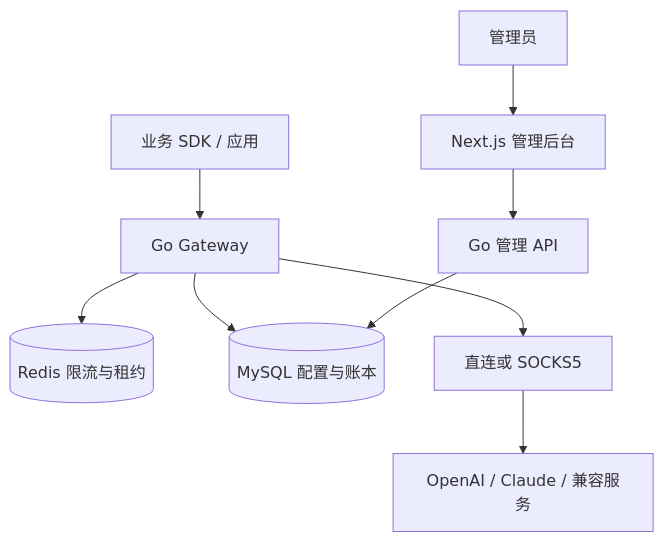
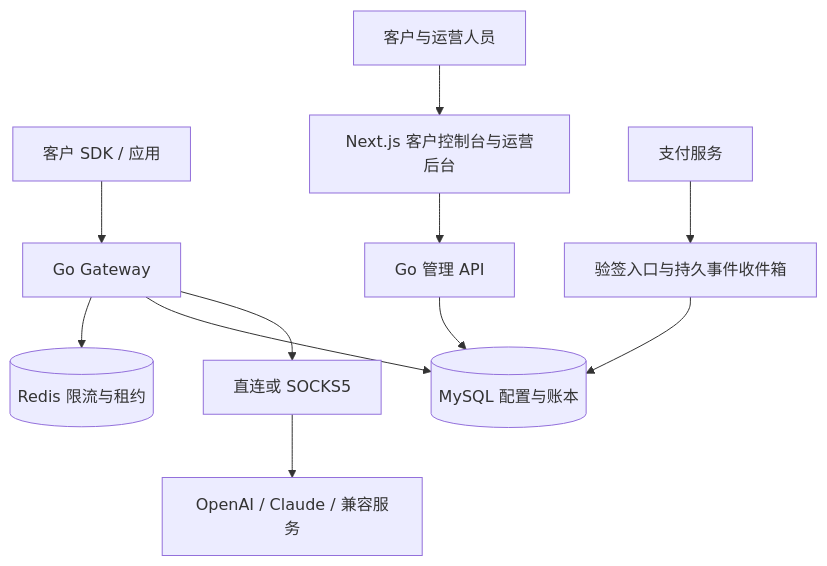
Before and after one commit to ufcenterxyz/relaypine.com: the second of 2 diagrams in docs/architecture.md, drawn with Mermaid. The commit also changed other lines of this file and 3 other files, not shown here.

````diff
--- a/docs/architecture.md
+++ b/docs/architecture.md
@@ -172,11 +186,13 @@
 ```mermaid
 flowchart TB
-    C[业务 SDK / 应用] --> G[Go Gateway]
-    U[管理员] --> W[Next.js 管理后台]
+    C[客户 SDK / 应用] --> G[Go Gateway]
+    U[客户与运营人员] --> W[Next.js 客户控制台与运营后台]
     W --> A[Go 管理 API]
     G --> R[(Redis 限流与租约)]
     G --> D[(MySQL 配置与账本)]
     A --> D
+    X[支付服务] --> Q[验签入口与持久事件收件箱]
+    Q --> D
     G --> P[直连或 SOCKS5]
     P --> O[OpenAI / Claude / 兼容服务]
 ```
````
